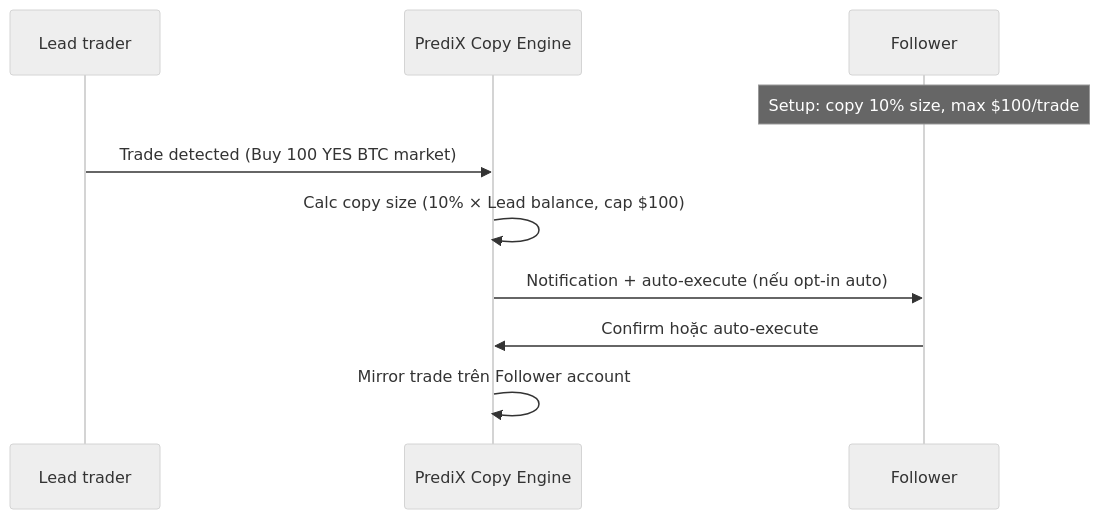
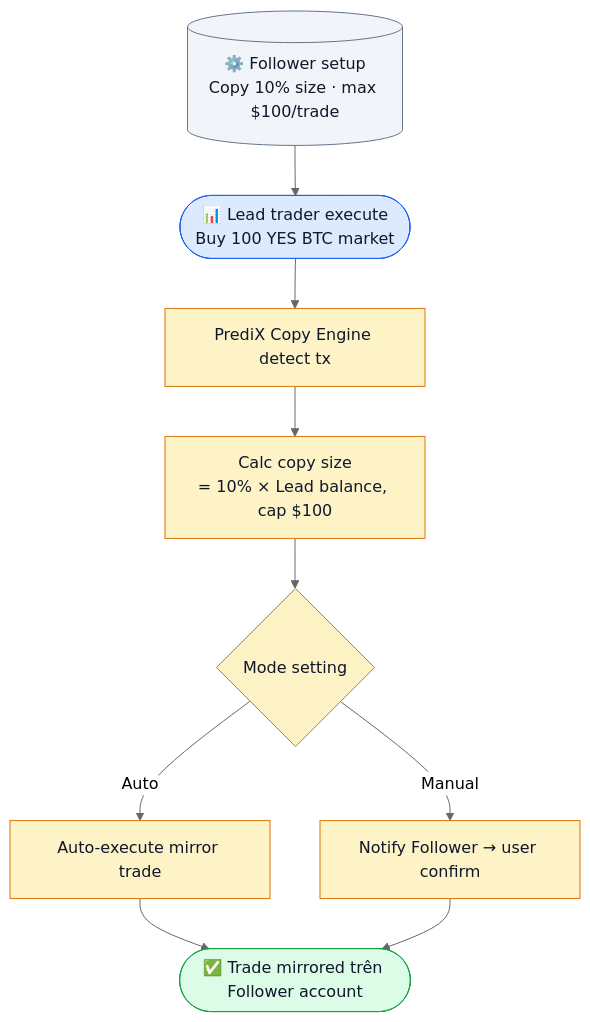
The second of 2 diagrams in vi_v6/cong-dong/leaderboard-traders.md (PrediX-Protocol/predix-docs), drawn with Mermaid (neutral theme) before and after one commit. The commit also changed 17 other files, not shown here.

First line of the commit message:
docs(vi_v6): convert all 22 sequenceDiagram → flowchart TD (no overlap UX issue)

````diff
--- a/vi_v6/cong-dong/leaderboard-traders.md
+++ b/vi_v6/cong-dong/leaderboard-traders.md
@@ -64,13 +64,21 @@
 ```mermaid
-sequenceDiagram
-    participant Lead as Lead trader
-    participant Sys as PrediX Copy Engine
-    participant Follower
+flowchart TD
+    Setup[("⚙️ Follower setup<br/>Copy 10% size · max $100/trade")]
+    Setup --> Lead(["📊 Lead trader execute<br/>Buy 100 YES BTC market"])
+    Lead --> S1["PrediX Copy Engine detect tx"]
+    S1 --> S2["Calc copy size<br/>= 10% × Lead balance, cap $100"]
+    S2 --> S3{"Mode setting"}
+    S3 -->|Auto| S4["Auto-execute mirror trade"]
+    S3 -->|Manual| S5["Notify Follower → user confirm"]
+    S4 --> End(["✅ Trade mirrored trên Follower account"])
+    S5 --> End
 
-    Note over Follower: Setup: copy 10% size, max $100/trade
-    Lead->>Sys: Trade detected (Buy 100 YES BTC market)
-    Sys->>Sys: Calc copy size (10% × Lead balance, cap $100)
-    Sys->>Follower: Notification + auto-execute (nếu opt-in auto)
-    Follower->>Sys: Confirm hoặc auto-execute
-    Sys->>Sys: Mirror trade trên Follower account
+    classDef cfg fill:#f1f5f9,stroke:#64748b,color:#0f172a
+    classDef st fill:#dbeafe,stroke:#2563eb,color:#0f172a
+    classDef step fill:#fef3c7,stroke:#d97706,color:#0f172a
+    classDef ok fill:#dcfce7,stroke:#16a34a,color:#0f172a
+    class Setup cfg
+    class Lead st
+    class S1,S2,S3,S4,S5 step
+    class End ok
 ```
````
